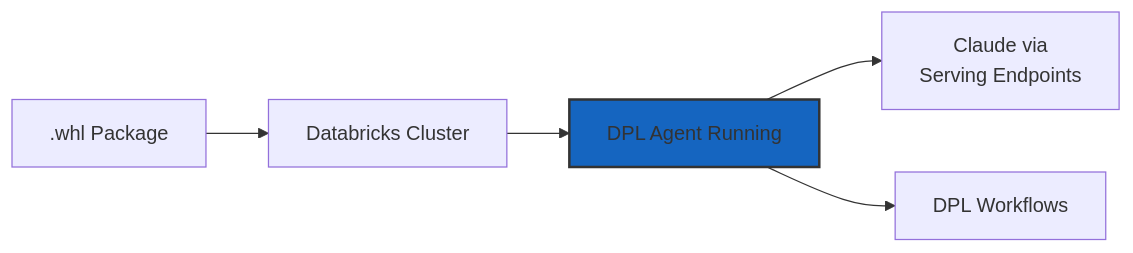
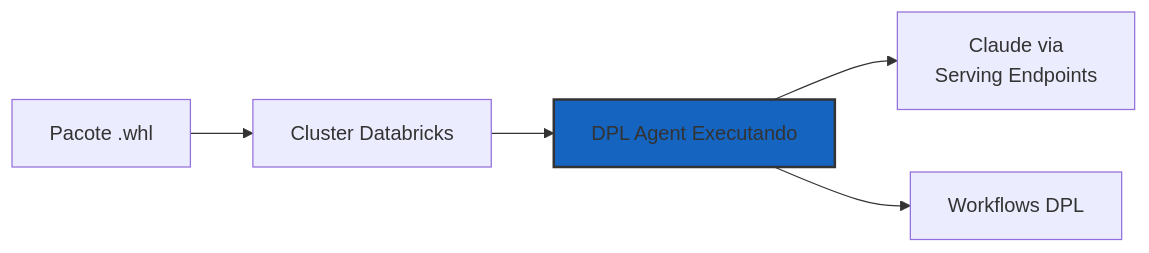
Before and after one commit to VictorCappelletto/data_agent_ia_01: the tenth of 11 diagrams in docs/architecture/agent-flow.md, drawn with Mermaid. The commit also changed other lines of this file and 11 other files, not shown here.

````diff
--- a/docs/architecture/agent-flow.md
+++ b/docs/architecture/agent-flow.md
@@ -212,9 +212,9 @@
 ```mermaid
 graph LR
-    A[.whl Package] --> B[Databricks Cluster]
-    B --> C[DPL Agent Running]
+    A[Pacote .whl] --> B[Cluster Databricks]
+    B --> C[DPL Agent Executando]
     C --> D[Claude via<br/>Serving Endpoints]
-    C --> E[DPL Workflows]
+    C --> E[Workflows DPL]
     
     style C fill:#1565c0,stroke:#333,stroke-width:2px
 ```
````
